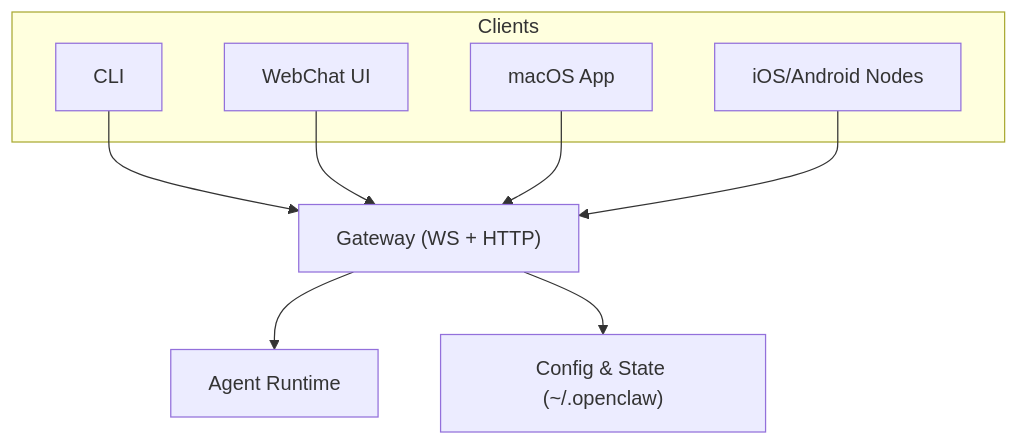
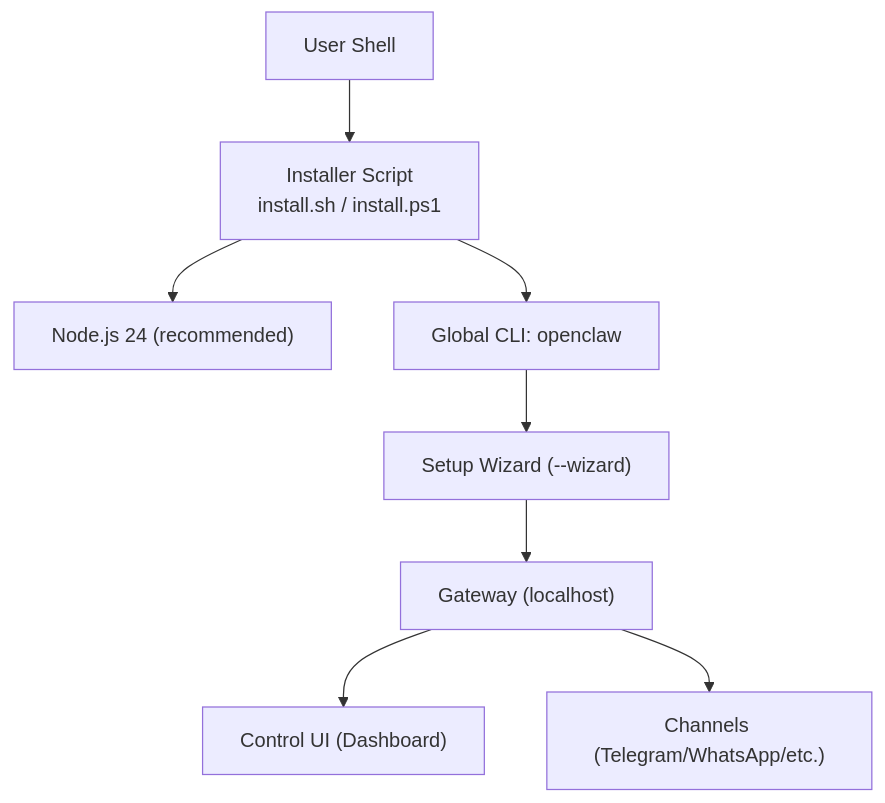
The first of 3 diagrams in repowiki/en/content/Getting Started.md (botx-work/OpenClaw-Internals), drawn with Mermaid before and after one commit. The commit also changed other lines of this file and 332 other files, not shown here.

````diff
--- a/repowiki/en/content/Getting Started.md
+++ b/repowiki/en/content/Getting Started.md
@@ -147,18 +56,10 @@
 ```mermaid
 graph TB
-subgraph "Clients"
-CLI["CLI"]
-Web["WebChat UI"]
-App["macOS App"]
-Node["iOS/Android Nodes"]
-end
-GW["Gateway (WS + HTTP)"]
-Agent["Agent Runtime"]
-Store["Config & State (~/.openclaw)"]
-CLI --> GW
-Web --> GW
-App --> GW
-Node --> GW
-GW --> Agent
-GW --> Store
+A["User Shell"] --> B["Installer Script<br/>install.sh / install.ps1"]
+B --> C["Node.js 24 (recommended)"]
+B --> D["Global CLI: openclaw"]
+D --> E["Setup Wizard (--wizard)"]
+E --> F["Gateway (localhost)"]
+F --> G["Control UI (Dashboard)"]
+F --> H["Channels (Telegram/WhatsApp/etc.)"]
 ```
````
